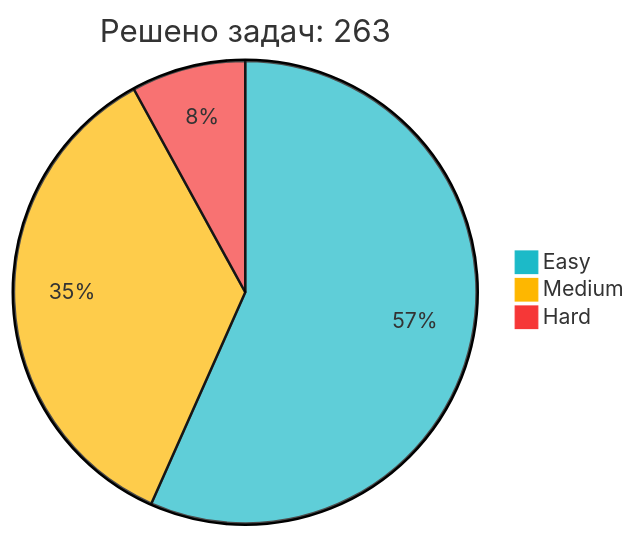
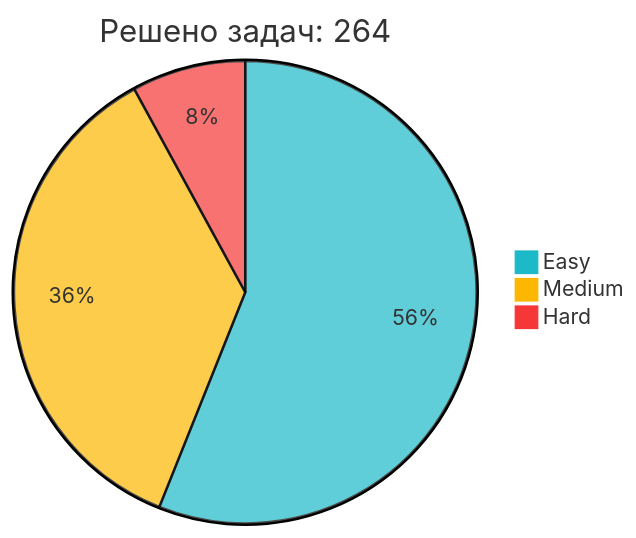
The diagram in README.md (IliaKurdukov/IliaKurdukov), drawn with Mermaid before and after one commit. The commit also changed other lines of this file, not shown here.

Commit message:
📈 Обновление статистики LeetCode

````diff
--- a/README.md
+++ b/README.md
@@ -51,7 +51,7 @@
 ```mermaid
 %%{init: {'theme': 'base', 'themeVariables': { 'pie1': '#1CBAC8', 'pie2': '#FEB700', 'pie3': '#F63737' }, 'config': {'width': 300, 'height': 200}}}%%
-pie title Решено задач: 263
-   "Easy" : 149
-   "Medium" : 93
+pie title Решено задач: 264
+   "Easy" : 148
+   "Medium" : 95
    "Hard" : 21
 ```
````
